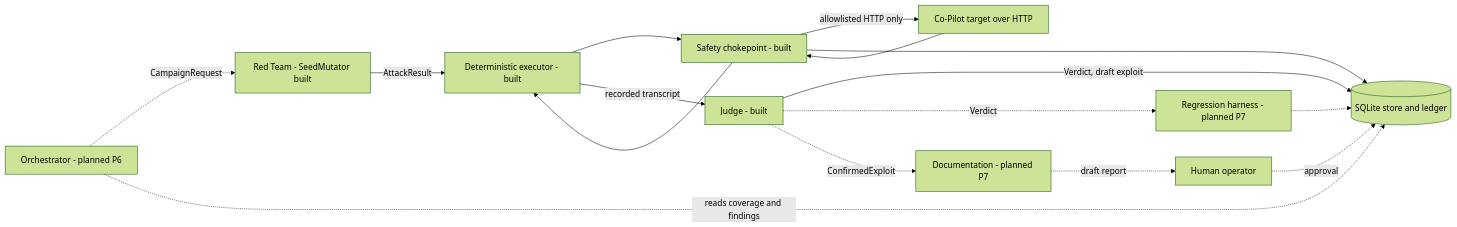
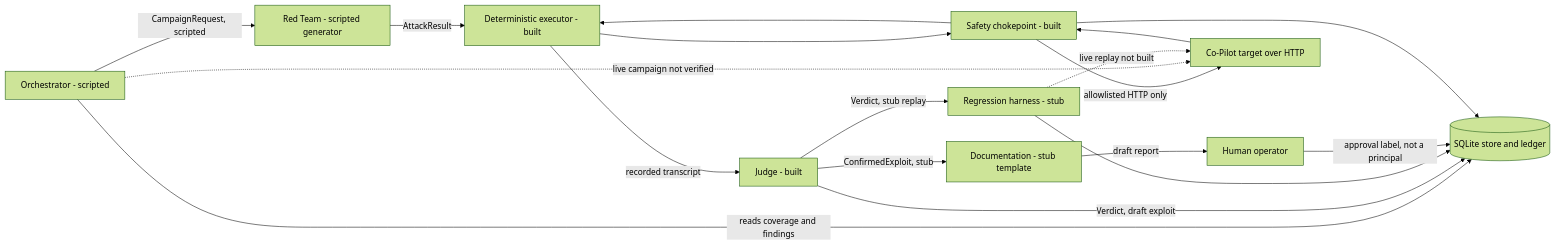
One commit to Sabeehq11/agentforge-platform changed the first of 2 diagrams in ARCHITECTURE.md. Above: the diagram before and after it, drawn with Mermaid (forest theme). The commit also changed other lines of this file and 38 other files, not shown here.

````diff
--- a/ARCHITECTURE.md
+++ b/ARCHITECTURE.md
@@ -34,29 +35,31 @@
 ```mermaid
 flowchart LR
     Human[Human operator]
-    Orch[Orchestrator - planned P6]
-    Red[Red Team - SeedMutator built]
+    Orch[Orchestrator - scripted]
+    Red[Red Team - scripted generator]
     Exec[Deterministic executor - built]
     Choke[Safety chokepoint - built]
     Target[Co-Pilot target over HTTP]
     Judge[Judge - built]
-    Reg[Regression harness - planned P7]
-    Doc[Documentation - planned P7]
+    Reg[Regression harness - stub]
+    Doc[Documentation - stub template]
     Store[(SQLite store and ledger)]
 
+    Orch -->|CampaignRequest, scripted| Red
+    Orch -->|reads coverage and findings| Store
     Red -->|AttackResult| Exec
     Exec --> Choke
     Choke -->|allowlisted HTTP only| Target
     Target --> Choke
     Choke --> Exec
     Exec -->|recorded transcript| Judge
     Judge -->|Verdict, draft exploit| Store
+    Judge -->|Verdict, stub replay| Reg
+    Reg --> Store
+    Judge -->|ConfirmedExploit, stub| Doc
+    Doc -->|draft report| Human
+    Human -->|approval label, not a principal| Store
     Choke --> Store
-    Orch -.->|CampaignRequest| Red
-    Orch -.->|reads coverage and findings| Store
-    Judge -.->|Verdict| Reg
-    Reg -.-> Store
-    Judge -.->|ConfirmedExploit| Doc
-    Doc -.->|draft report| Human
-    Human -.->|approval| Store
+    Orch -.->|live campaign not verified| Target
+    Reg -.->|live replay not built| Target
 ```
````
